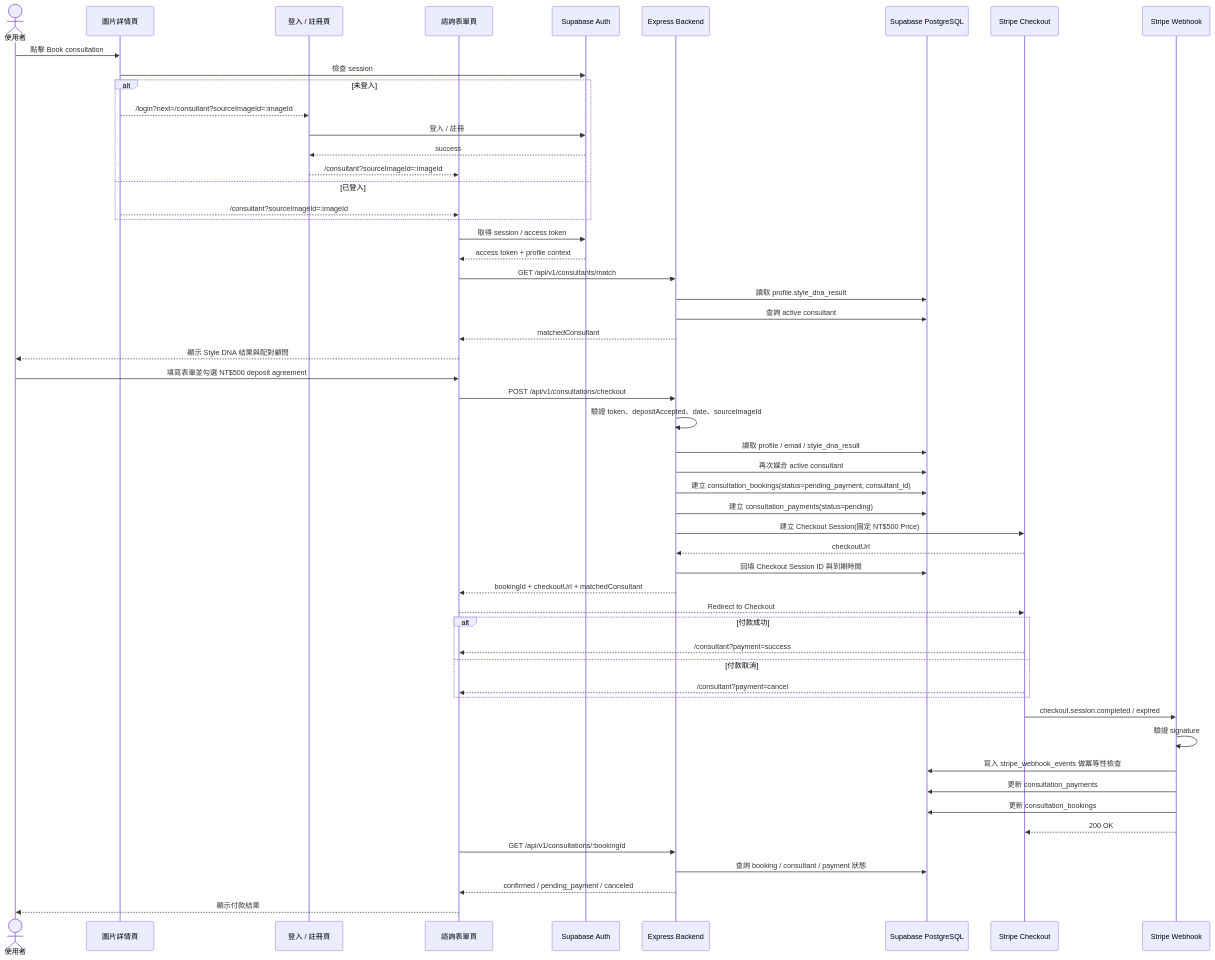
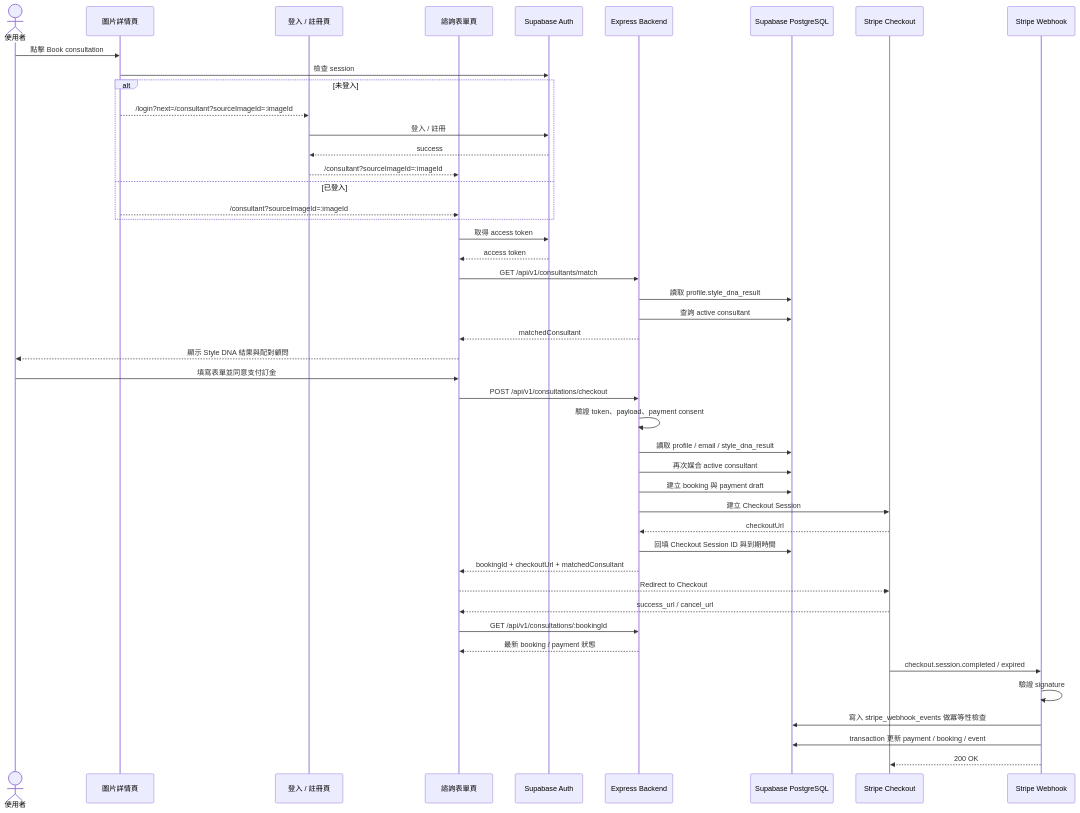
One commit to asterism-studio/asterism-backend changed the third of 3 diagrams in docs/consultation-payment-technical-spec.md. Above: the diagram before and after it, drawn with Mermaid. The commit also changed other lines of this file and 1 other file, not shown here.

````diff
--- a/docs/consultation-payment-technical-spec.md
+++ b/docs/consultation-payment-technical-spec.md
@@ -524,65 +471,56 @@
 ```mermaid
 sequenceDiagram
   actor User as 使用者
   participant Detail as 圖片詳情頁
   participant Login as 登入 / 註冊頁
   participant FE as 諮詢表單頁
   participant Auth as Supabase Auth
   participant API as Express Backend
   participant DB as Supabase PostgreSQL
   participant Stripe as Stripe Checkout
   participant Webhook as Stripe Webhook
 
   User->>Detail: 點擊 Book consultation
   Detail->>Auth: 檢查 session
 
   alt 未登入
     Detail-->>Login: /login?next=/consultant?sourceImageId=:imageId
     Login->>Auth: 登入 / 註冊
     Auth-->>Login: success
     Login-->>FE: /consultant?sourceImageId=:imageId
   else 已登入
     Detail-->>FE: /consultant?sourceImageId=:imageId
   end
 
-  FE->>Auth: 取得 session / access token
-  Auth-->>FE: access token + profile context
+  FE->>Auth: 取得 access token
+  Auth-->>FE: access token
 
   FE->>API: GET /api/v1/consultants/match
   API->>DB: 讀取 profile.style_dna_result
   API->>DB: 查詢 active consultant
   API-->>FE: matchedConsultant
   FE-->>User: 顯示 Style DNA 結果與配對顧問
 
-  User->>FE: 填寫表單並勾選 NT$500 deposit agreement
+  User->>FE: 填寫表單並同意支付訂金
 
   FE->>API: POST /api/v1/consultations/checkout
-  API->>API: 驗證 token、depositAccepted、date、sourceImageId
+  API->>API: 驗證 token、payload、payment consent
   API->>DB: 讀取 profile / email / style_dna_result
   API->>DB: 再次媒合 active consultant
-  API->>DB: 建立 consultation_bookings(status=pending_payment, consultant_id)
-  API->>DB: 建立 consultation_payments(status=pending)
-  API->>Stripe: 建立 Checkout Session(固定 NT$500 Price)
+  API->>DB: 建立 booking 與 payment draft
+  API->>Stripe: 建立 Checkout Session
   Stripe-->>API: checkoutUrl
   API->>DB: 回填 Checkout Session ID 與到期時間
   API-->>FE: bookingId + checkoutUrl + matchedConsultant
   FE-->>Stripe: Redirect to Checkout
 
-  alt 付款成功
-    Stripe-->>FE: /consultant?payment=success
-  else 付款取消
-    Stripe-->>FE: /consultant?payment=cancel
-  end
+  Stripe-->>FE: success_url / cancel_url
+  FE->>API: GET /api/v1/consultations/:bookingId
+  API-->>FE: 最新 booking / payment 狀態
 
   Stripe->>Webhook: checkout.session.completed / expired
   Webhook->>Webhook: 驗證 signature
   Webhook->>DB: 寫入 stripe_webhook_events 做冪等性檢查
-  Webhook->>DB: 更新 consultation_payments
-  Webhook->>DB: 更新 consultation_bookings
+  Webhook->>DB: transaction 更新 payment / booking / event
   Webhook-->>Stripe: 200 OK
-
-  FE->>API: GET /api/v1/consultations/:bookingId
-  API->>DB: 查詢 booking / consultant / payment 狀態
-  API-->>FE: confirmed / pending_payment / canceled
-  FE-->>User: 顯示付款結果
 ```
````
